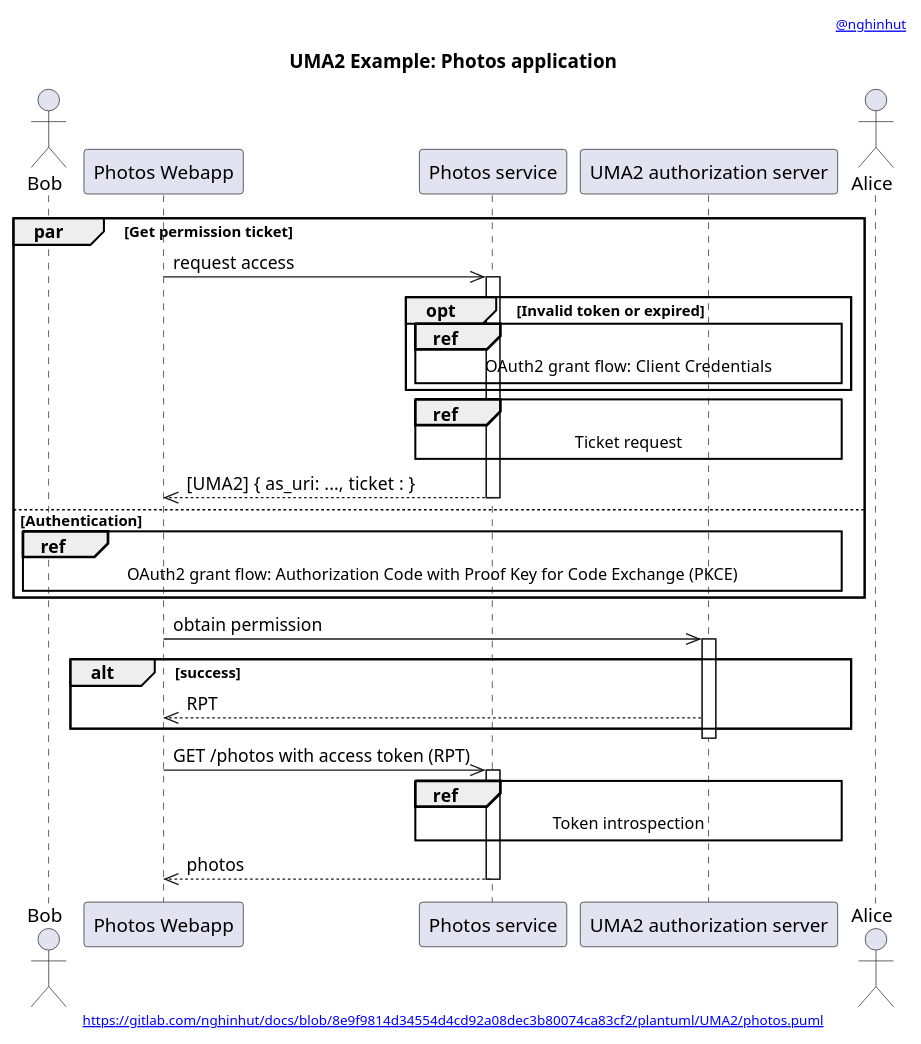
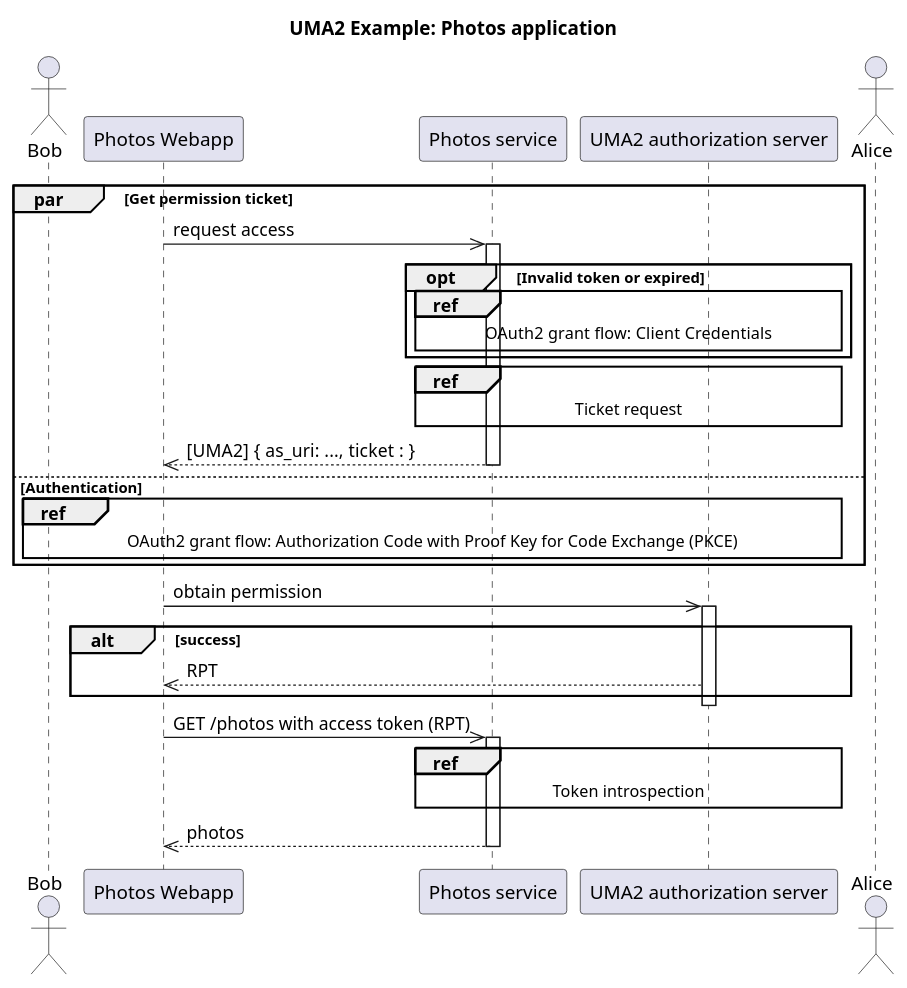
One commit to nghinhut/docs changed the diagram in plantuml/UMA2/photos.apps.puml. Above: the diagram before and after it, drawn with PlantUML. The commit also changed 26 other files, not shown here.

Commit message:
refactor(plantuml): remove plantuml header from files

```diff
--- a/plantuml/UMA2/photos.apps.puml
+++ b/plantuml/UMA2/photos.apps.puml
@@ -1,43 +1,38 @@
 @startuml
-'-----START auto generated metadata please keep comment here to allow auto update-----
-'-----DON'T EDIT THIS SECTION, INSTEAD RE-RUN prebuild.sh TO UPDATE-----
-header [[https://www.nghinhut.dev?from=http%5C%3A%5C%2F%5C%2Fwww%5C.plantuml%5C.com%5C%2Fplantuml%5C%2Fproxy%3Ffmt%3Dsvg%5C%26src%3Dhttps%5C%3A%5C%2F%5C%2Fgitlab%5C.com%5C%2Fnghinhut%5C%2Fdocs%5C%2Fraw%5C%2F8e9f9814d34554d4cd92a08dec3b80074ca83cf2%5C%2Fplantuml%5C%2FUMA2%5C%2Fphotos%5C.puml%0A @nghinhut]]
-footer [[http://www.plantuml.com/plantuml/proxy?fmt=svg&src=https://gitlab.com/nghinhut/docs/raw/8e9f9814d34554d4cd92a08dec3b80074ca83cf2/plantuml/UMA2/photos.puml https://gitlab.com/nghinhut/docs/blob/8e9f9814d34554d4cd92a08dec3b80074ca83cf2/plantuml/UMA2/photos.puml]]
-'-----END auto generated metadata please keep comment here to allow auto update-----
 title UMA2 Example: Photos application
 
 actor "Bob" as rp
 participant "Photos Webapp" as client
 participant "Photos service" as rs
 participant "UMA2 authorization server" as as
 actor "Alice" as ro
 
 par Get permission ticket
     client ->> rs : request access
     activate rs
 
     opt Invalid token or expired
         ref over rs, as : OAuth2 grant flow: Client  Credentials
     end
 
     ref over rs, as : Ticket request
 
     client <<-- rs : [UMA2] { as_uri: ...,  ticket : }
     deactivate rs
 else Authentication
     ref over rp, as : OAuth2 grant flow: Authorization Code with Proof Key for Code Exchange (PKCE)
 end
 
 client ->> as : obtain permission
 activate as
 alt success
 client <<-- as : RPT
 end
 deactivate as
 
 client ->> rs : GET /photos with access token (RPT)
 activate rs
 ref over rs, as : Token introspection
 client <<-- rs : photos
 deactivate rs
 @enduml
```
